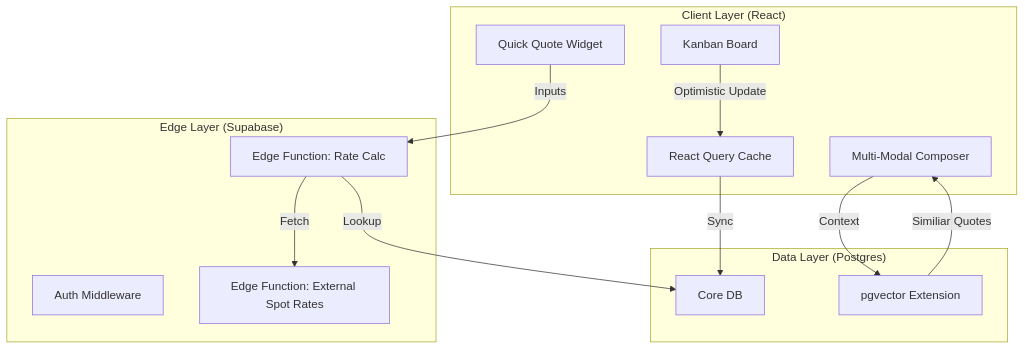
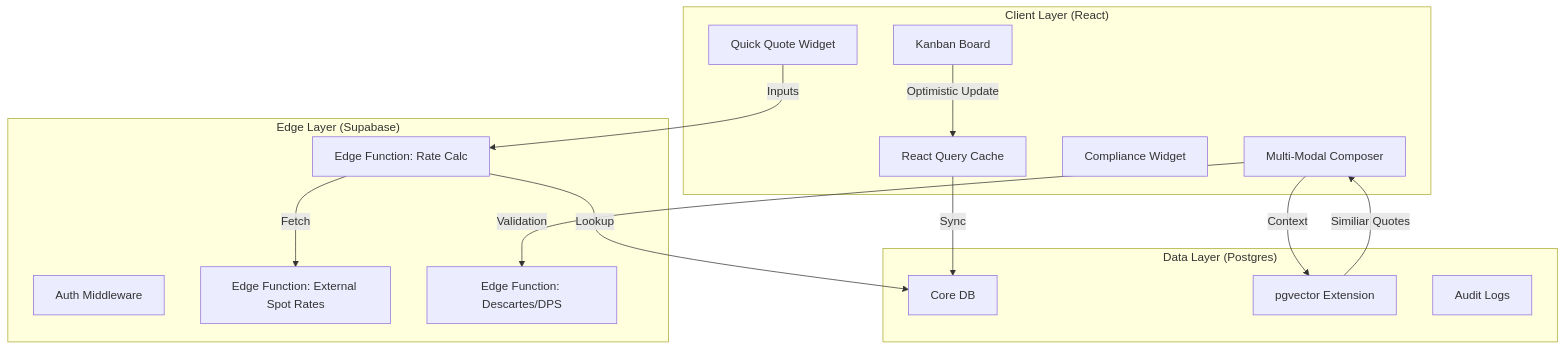
The first of 2 diagrams in documentation/QUOTATION_MODULE_DESIGN_SPECIFICATION.md (vageesha-vaishya/logic-nexus-ai), drawn with Mermaid before and after one commit. The commit also changed other lines of this file, not shown here.

First line of the commit message:
docs(quotation): update design spec to v1.3.0 with trade compliance details

````diff
--- a/documentation/QUOTATION_MODULE_DESIGN_SPECIFICATION.md
+++ b/documentation/QUOTATION_MODULE_DESIGN_SPECIFICATION.md
@@ -105,30 +128,34 @@
 ```mermaid
 graph TD
     subgraph "Client Layer (React)"
         QQ[Quick Quote Widget]
         MQ[Multi-Modal Composer]
         KB[Kanban Board]
+        Comp[Compliance Widget]
         Cache[React Query Cache]
     end
 
     subgraph "Edge Layer (Supabase)"
         Auth[Auth Middleware]
         RateFunc[Edge Function: Rate Calc]
         SpotAPI[Edge Function: External Spot Rates]
+        ComplianceAPI[Edge Function: Descartes/DPS]
     end
 
     subgraph "Data Layer (Postgres)"
         PG[Core DB]
         Vector[pgvector Extension]
+        Logs[Audit Logs]
     end
 
     QQ -->|Inputs| RateFunc
     RateFunc -->|Lookup| PG
     RateFunc -->|Fetch| SpotAPI
     
     MQ -->|Context| Vector
+    MQ -->|Validation| ComplianceAPI
     Vector -->|Similiar Quotes| MQ
     
     KB -->|Optimistic Update| Cache
     Cache -->|Sync| PG
 ```
````
